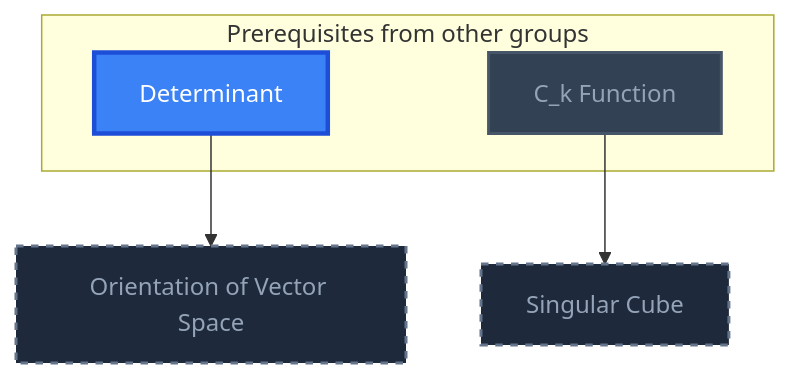
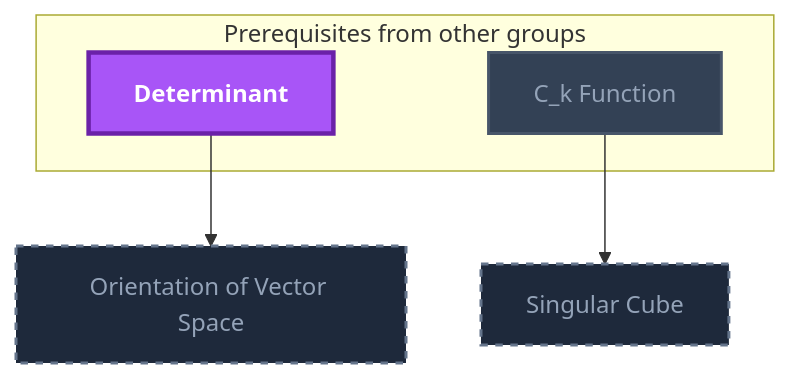
Before and after one commit to MRauf1/My-Notes: diagram 20 of 22 in Gamification/Skill Trees/Real Analysis.md, drawn with Mermaid. The commit also changed other lines of this file and 145 other files, not shown here.

````diff
--- a/Gamification/Skill Trees/Real Analysis.md
+++ b/Gamification/Skill Trees/Real Analysis.md
@@ -1438,24 +1480,24 @@
 ```mermaid
 flowchart TD
     classDef planned fill:#1E293B,stroke:#64748B,stroke-width:2px,stroke-dasharray:5 5,color:#94A3B8;
     classDef locked fill:#334155,stroke:#475569,stroke-width:2px,color:#94A3B8;
     classDef L0 fill:#F1F5F9,stroke:#94A3B8,stroke-width:2px,color:#000000;
     classDef L1 fill:#22C55E,stroke:#15803D,stroke-width:2px,color:#000000;
     classDef L2 fill:#3B82F6,stroke:#1D4ED8,stroke-width:3px,color:#FFFFFF;
     classDef L3 fill:#A855F7,stroke:#6B21A8,stroke-width:3px,color:#FFFFFF,font-weight:bold;
     classDef L4 fill:#F97316,stroke:#C2410C,stroke-width:4px,color:#000000,font-weight:bold;
     classDef L5 fill:#FFD700,stroke:#FF8C00,stroke-width:5px,color:#000000,font-weight:bold;
     classDef rusty stroke:#8B4513,stroke-width:4px,stroke-dasharray:3 3;
     subgraph sg_prereqs["Prerequisites from other groups"]
         n_determinant["Determinant"]
         n_c_k_function["C_k Function"]
     end
     n_orientation_of_vector_space["Orientation of Vector Space"]
     n_singular_cube["Singular Cube"]
     n_determinant --> n_orientation_of_vector_space
     n_c_k_function --> n_singular_cube
     class n_orientation_of_vector_space,n_singular_cube planned;
     class n_c_k_function locked;
-    class n_determinant L2;
+    class n_determinant L3;
     class n_determinant,n_c_k_function internal-link;
 ```
````
